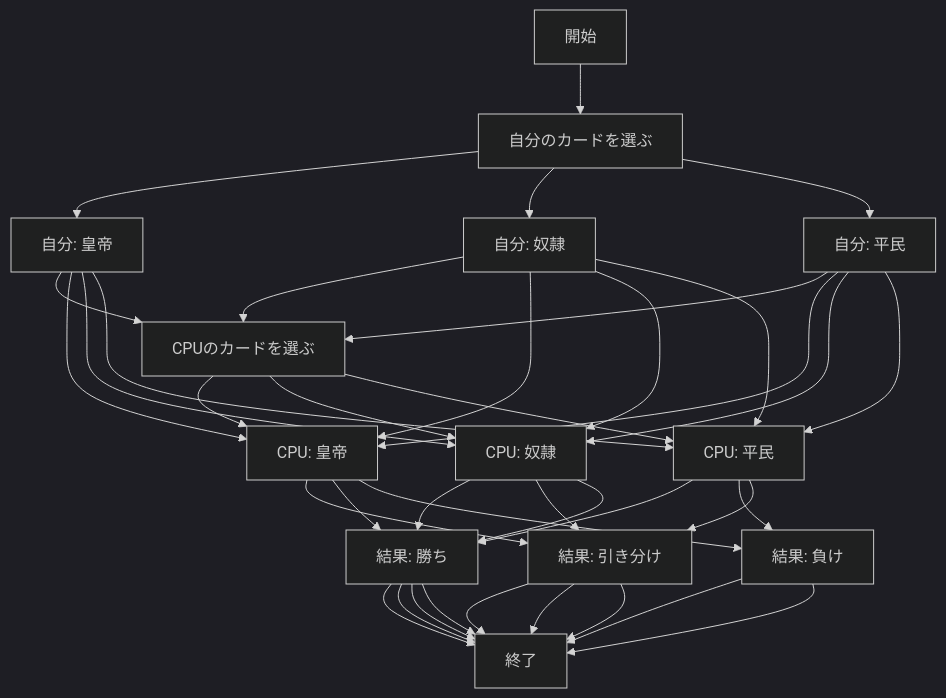
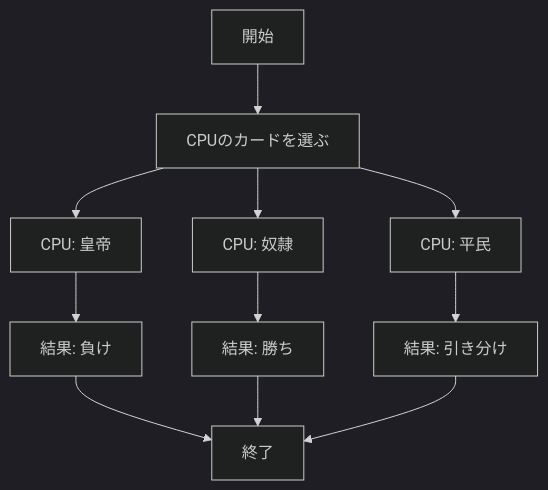
One commit to Bunnies0722/webpro_06 changed the sixth of 7 diagrams in README.md. Above: the diagram before and after it, drawn with Mermaid (dark theme). The commit also changed other lines of this file, not shown here.

Commit message:
レポート1

````diff
--- a/README.md
+++ b/README.md
@@ -119,49 +141,21 @@
 ```mermaid
 flowchart TD;
 
 start["開始"];
-choosePlayer["自分のカードを選ぶ"];
-chooseCPU["CPUのカードを選ぶ"];
-
-playerEmperor["自分: 皇帝"];
-playerSlave["自分: 奴隷"];
-playerCommon["自分: 平民"];
+cpuChoose["CPUのカードを選ぶ"];
 
 cpuEmperor["CPU: 皇帝"];
 cpuSlave["CPU: 奴隷"];
 cpuCommon["CPU: 平民"];
 
 resultWin["結果: 勝ち"];
 resultLose["結果: 負け"];
 resultDraw["結果: 引き分け"];
 endGame["終了"];
 
-start --> choosePlayer;
+start --> cpuChoose;
 
-choosePlayer --> playerEmperor;
-choosePlayer --> playerSlave;
-choosePlayer --> playerCommon;
-
-playerEmperor --> chooseCPU;
-playerSlave --> chooseCPU;
-playerCommon --> chooseCPU;
-
-chooseCPU --> cpuEmperor;
-chooseCPU --> cpuSlave;
-chooseCPU --> cpuCommon;
-
-%% 皇帝 vs 各ケース
-playerEmperor --> cpuEmperor --> resultDraw --> endGame;
-playerEmperor --> cpuSlave --> resultWin --> endGame;
-playerEmperor --> cpuCommon --> resultWin --> endGame;
-
-%% 奴隷 vs 各ケース
-playerSlave --> cpuEmperor --> resultWin --> endGame;
-playerSlave --> cpuSlave --> resultDraw --> endGame;
-playerSlave --> cpuCommon --> resultLose --> endGame;
-
-%% 平民 vs 各ケース
-playerCommon --> cpuEmperor --> resultLose --> endGame;
-playerCommon --> cpuSlave --> resultWin --> endGame;
-playerCommon --> cpuCommon --> resultDraw --> endGame;
+cpuChoose --> cpuEmperor --> resultLose --> endGame;
+cpuChoose --> cpuSlave --> resultWin --> endGame;
+cpuChoose --> cpuCommon --> resultDraw --> endGame;
 ```
````
